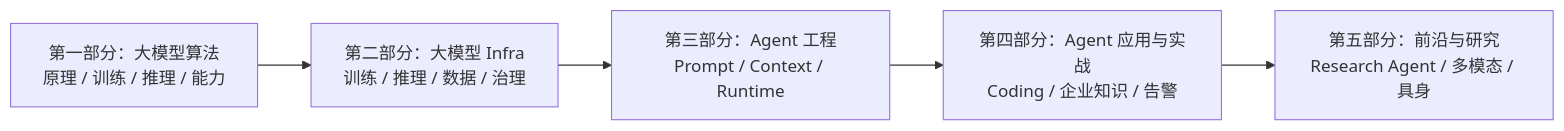
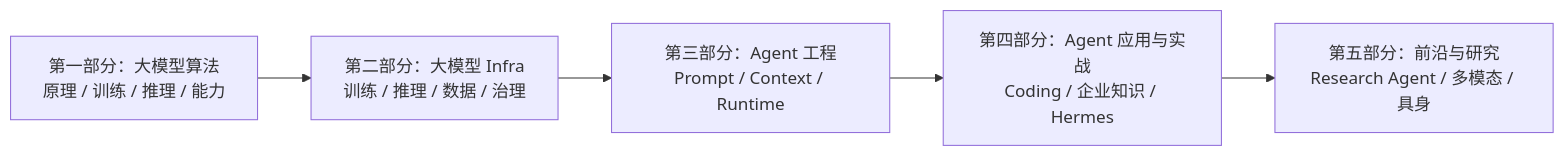
One commit to wxquare/wxquare.github.io changed the diagram in books/ai-book/src/README.md. Above: the diagram before and after it, drawn with Mermaid. The commit also changed other lines of this file and 7 other files, not shown here.

````diff
--- a/books/ai-book/src/README.md
+++ b/books/ai-book/src/README.md
@@ -13,7 +13,7 @@
 ```mermaid
 flowchart LR
     A["第一部分：大模型算法<br/>原理 / 训练 / 推理 / 能力"] --> B["第二部分：大模型 Infra<br/>训练 / 推理 / 数据 / 治理"]
     B --> C["第三部分：Agent 工程<br/>Prompt / Context / Runtime"]
-    C --> D["第四部分：Agent 应用与实战<br/>Coding / 企业知识 / 告警"]
+    C --> D["第四部分：Agent 应用与实战<br/>Coding / 企业知识 / Hermes"]
     D --> E["第五部分：前沿与研究<br/>Research Agent / 多模态 / 具身"]
 ```
````
